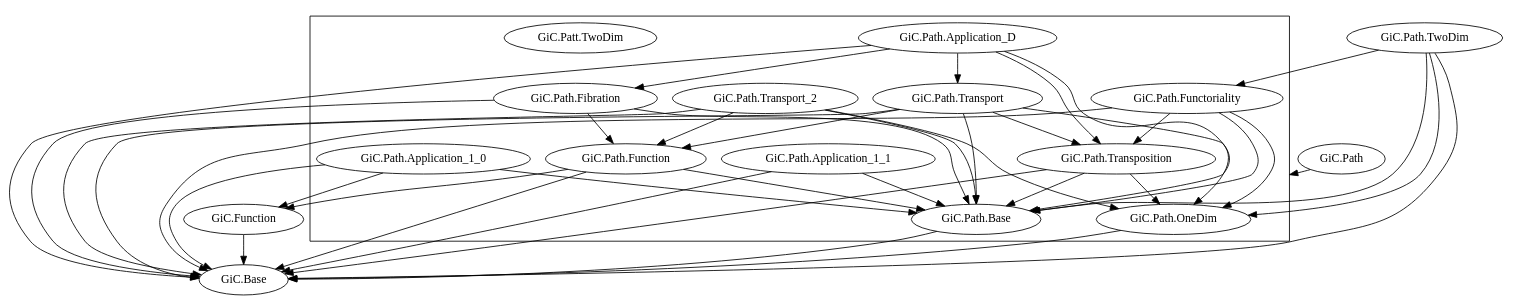
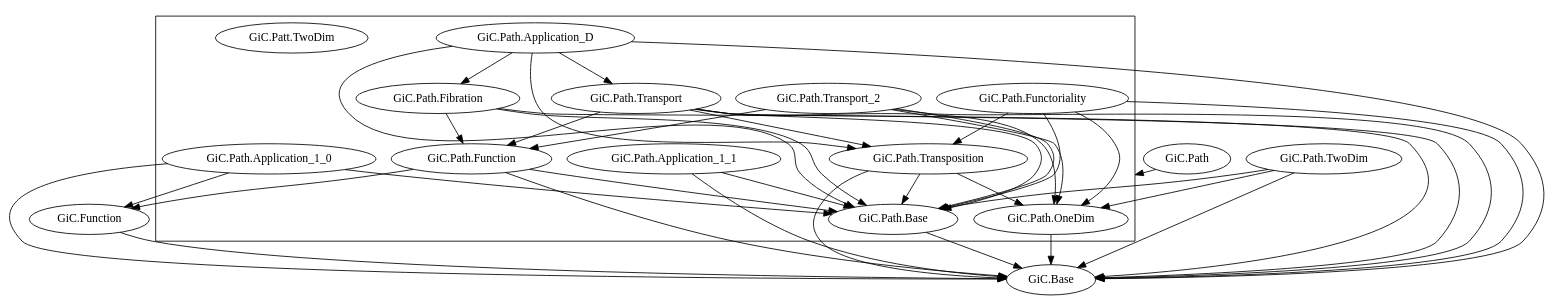
Before and after one commit to Hexirp/googology-in-coq: the diagram in documents/libraries.gv, drawn with Graphviz. The commit also changed 6 other files, not shown here.

First line of the commit message:
Update: Functoriality から OneDim へ単純な定理を移動させる

```diff
--- a/documents/libraries.gv
+++ b/documents/libraries.gv
@@ -1,88 +1,87 @@
 digraph dependency_graph {
   compound = true;
 
   # GiC.Base
 
   # GiC.Function
   "GiC.Function" -> "GiC.Base";
 
   # GiC.Path.Base
   "GiC.Path.Base" -> "GiC.Base";
 
   # GiC.Path.Function
   "GiC.Path.Function" -> "GiC.Base";
   "GiC.Path.Function" -> "GiC.Function";
   "GiC.Path.Function" -> "GiC.Path.Base";
 
   # GiC.Path.OneDim
   "GiC.Path.OneDim" -> "GiC.Base";
 
+  # GiC.Path.TwoDim
+  "GiC.Path.TwoDim" -> "GiC.Base";
+  "GiC.Path.TwoDim" -> "GiC.Path.Base";
+  "GiC.Path.TwoDim" -> "GiC.Path.OneDim";
+
   # GiC.Path.Transposition
   "GiC.Path.Transposition" -> "GiC.Base";
   "GiC.Path.Transposition" -> "GiC.Path.Base";
   "GiC.Path.Transposition" -> "GiC.Path.OneDim";
 
   # GiC.Path.Functoriality
   "GiC.Path.Functoriality" -> "GiC.Base";
   "GiC.Path.Functoriality" -> "GiC.Path.Base";
   "GiC.Path.Functoriality" -> "GiC.Path.OneDim";
   "GiC.Path.Functoriality" -> "GiC.Path.Transposition";
-
-  # GiC.Path.TwoDim
-  "GiC.Path.TwoDim" -> "GiC.Base";
-  "GiC.Path.TwoDim" -> "GiC.Path.Base";
-  "GiC.Path.TwoDim" -> "GiC.Path.OneDim";
-  "GiC.Path.TwoDim" -> "GiC.Path.Functoriality";
 
   # GiC.Path.Application_1_0
   "GiC.Path.Application_1_0" -> "GiC.Base";
   "GiC.Path.Application_1_0" -> "GiC.Function";
   "GiC.Path.Application_1_0" -> "GiC.Path.Base";
 
   # GiC.Path.Application_1_1
   "GiC.Path.Application_1_1" -> "GiC.Base";
   "GiC.Path.Application_1_1" -> "GiC.Path.Base";
 
   # GiC.Path.Transport
   "GiC.Path.Transport" -> "GiC.Base";
   "GiC.Path.Transport" -> "GiC.Path.Base";
   "GiC.Path.Transport" -> "GiC.Path.Function";
   "GiC.Path.Transport" -> "GiC.Path.OneDim";
   "GiC.Path.Transport" -> "GiC.Path.Transposition";
 
   # GiC.Path.Fibration
   "GiC.Path.Fibration" -> "GiC.Base";
   "GiC.Path.Fibration" -> "GiC.Path.Base";
   "GiC.Path.Fibration" -> "GiC.Path.Function";
 
   # GiC.Path.Transport_2
   "GiC.Path.Transport_2" -> "GiC.Base";
   "GiC.Path.Transport_2" -> "GiC.Path.Base";
   "GiC.Path.Transport_2" -> "GiC.Path.Function";
   "GiC.Path.Transport_2" -> "GiC.Path.OneDim";
 
   # GiC.Path.Application_D
   "GiC.Path.Application_D" -> "GiC.Base";
   "GiC.Path.Application_D" -> "GiC.Path.Base";
   "GiC.Path.Application_D" -> "GiC.Path.Transposition";
   "GiC.Path.Application_D" -> "GiC.Path.Transport";
   "GiC.Path.Application_D" -> "GiC.Path.Fibration";
 
   # GiC.Path
   subgraph cluster_GiC_Path {
     "GiC.Path.Base";
     "GiC.Path.Function";
     "GiC.Path.OneDim";
     "GiC.Patt.TwoDim";
     "GiC.Path.Transposition";
     "GiC.Path.Functoriality";
     "GiC.Path.Application_1_0";
     "GiC.Path.Application_1_1";
     "GiC.Path.Transport";
     "GiC.Path.Fibration";
     "GiC.Path.Transport_2";
     "GiC.Path.Application_D";
   }
 
   "GiC.Path" -> "GiC.Path.Base" [lhead = cluster_GiC_Path];
 }
```
